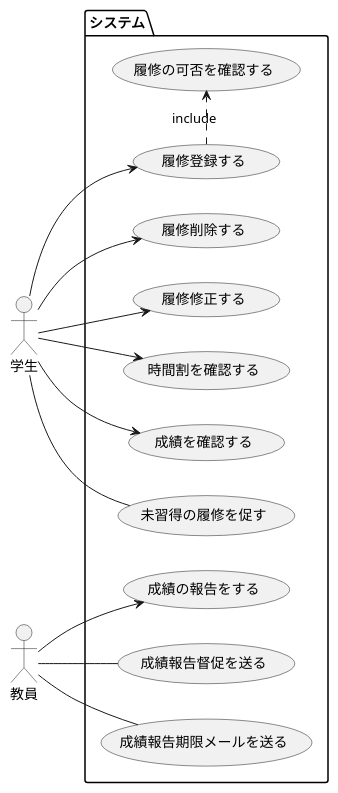
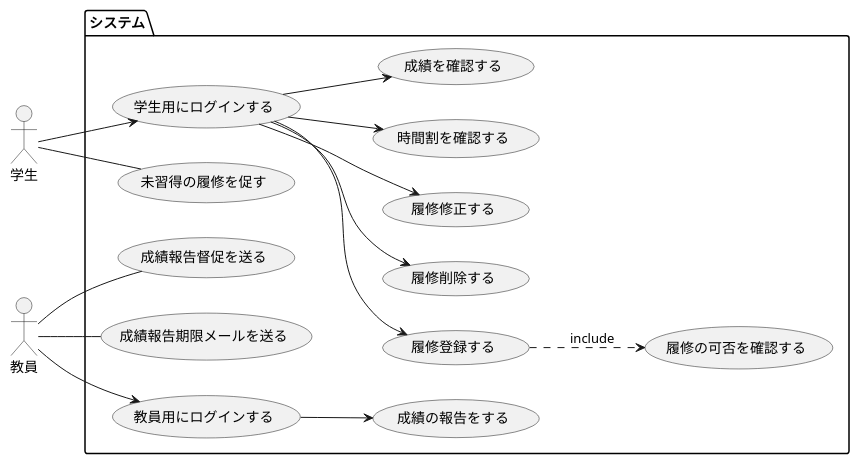
The diagram in uml/15/usecase.puml (tanusai646/software-desine), drawn with PlantUML before and after one commit.

Commit message:
ログインユースケース追加

```diff
--- a/uml/15/usecase.puml
+++ b/uml/15/usecase.puml
@@ -1,38 +1,41 @@
 @startuml ユースケース図1
 left to right direction
 
 'アクター'
 :学生: as A1
 :教員: as A2
-':事務: as A3'
+
 
 'ユースケース'
 package システム{
+    (学生用にログインする)  as U0
     (履修登録する) as U1
     (履修削除する) as U2
     (履修修正する) as U3
     (時間割を確認する) as U4
-    (成績を確認する) as U10
     (未習得の履修を促す) as U5
     (成績の報告をする) as U6
     (成績報告督促を送る) as U7
     (成績報告期限メールを送る) as U8
     (履修の可否を確認する) as U9
+    (成績を確認する) as U10
+    (教員用にログインする) as U11
 }
 
 '関係'
-A1 --> U1
-A1 --> U2
-A1 --> U3
-A1 --> U4
-A1 --> U10
+U0 --> U1
+U0 --> U2 
+U0 --> U3 
+U0 --> U4 
+U0 --> U10 
+U1 ..> U9 : include
 
-U1 .> U9 : include
+A1 -- U5
+A1 --> U0
 
-A2 --> U6
-A1 -- U5
-
+A2 --> U11
+U11 --> U6 
 A2 -- U7
 A2 -- U8
 
 @enduml
```
